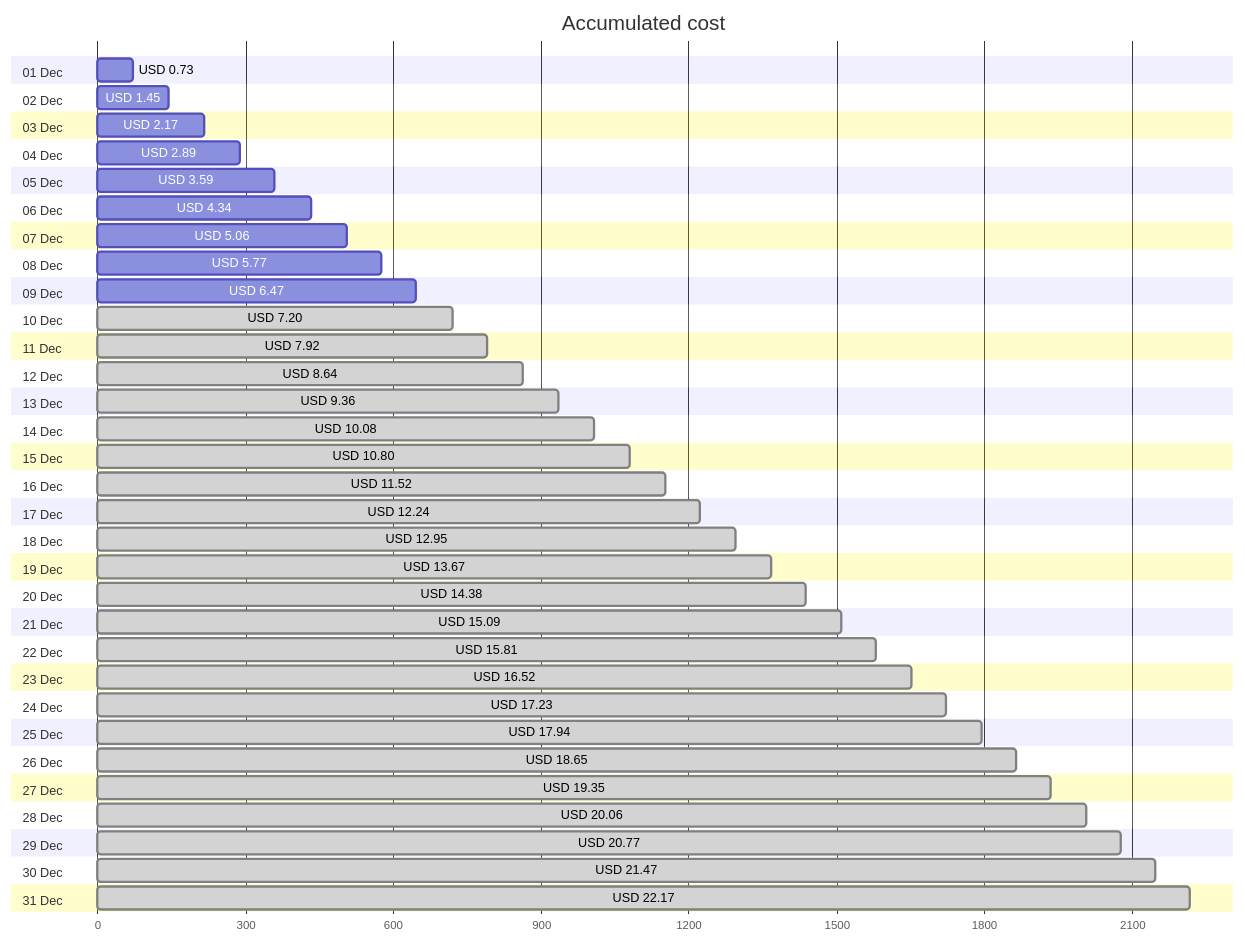
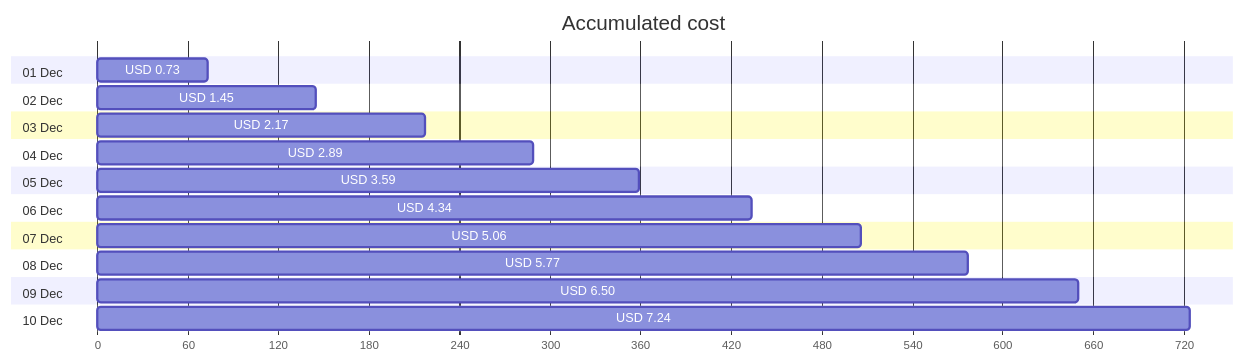
The first of 4 diagrams in cost-reports/personal-network/backup-server-data-disk.md (jpfulton/azure-personal-reports), drawn with Mermaid before and after one commit. The commit also changed other lines of this file and 8 other files, not shown here.

````diff
--- a/cost-reports/personal-network/backup-server-data-disk.md
+++ b/cost-reports/personal-network/backup-server-data-disk.md
@@ -20,68 +20,26 @@
 ```mermaid
 gantt
    title Accumulated cost
    dateFormat  X
    axisFormat %s
    section 01 Dec
    USD 0.73 :0, 73
    section 02 Dec
    USD 1.45 :0, 145
    section 03 Dec
    USD 2.17 :0, 217
    section 04 Dec
    USD 2.89 :0, 289
    section 05 Dec
    USD 3.59 :0, 359
    section 06 Dec
    USD 4.34 :0, 434
    section 07 Dec
    USD 5.06 :0, 506
    section 08 Dec
    USD 5.77 :0, 577
    section 09 Dec
-   USD 6.47 :0, 647
+   USD 6.50 :0, 650
    section 10 Dec
-   USD 7.20 : done, 0, 720
-   section 11 Dec
-   USD 7.92 : done, 0, 792
-   section 12 Dec
-   USD 8.64 : done, 0, 864
-   section 13 Dec
-   USD 9.36 : done, 0, 936
-   section 14 Dec
-   USD 10.08 : done, 0, 1008
-   section 15 Dec
-   USD 10.80 : done, 0, 1080
-   section 16 Dec
-   USD 11.52 : done, 0, 1152
-   section 17 Dec
-   USD 12.24 : done, 0, 1224
-   section 18 Dec
-   USD 12.95 : done, 0, 1295
-   section 19 Dec
-   USD 13.67 : done, 0, 1367
-   section 20 Dec
-   USD 14.38 : done, 0, 1438
-   section 21 Dec
-   USD 15.09 : done, 0, 1509
-   section 22 Dec
-   USD 15.81 : done, 0, 1581
-   section 23 Dec
-   USD 16.52 : done, 0, 1652
-   section 24 Dec
-   USD 17.23 : done, 0, 1723
-   section 25 Dec
-   USD 17.94 : done, 0, 1794
-   section 26 Dec
-   USD 18.65 : done, 0, 1865
-   section 27 Dec
-   USD 19.35 : done, 0, 1935
-   section 28 Dec
-   USD 20.06 : done, 0, 2006
-   section 29 Dec
-   USD 20.77 : done, 0, 2077
-   section 30 Dec
-   USD 21.47 : done, 0, 2147
-   section 31 Dec
-   USD 22.17 : done, 0, 2217
+   USD 7.24 :0, 724
 ```
````
